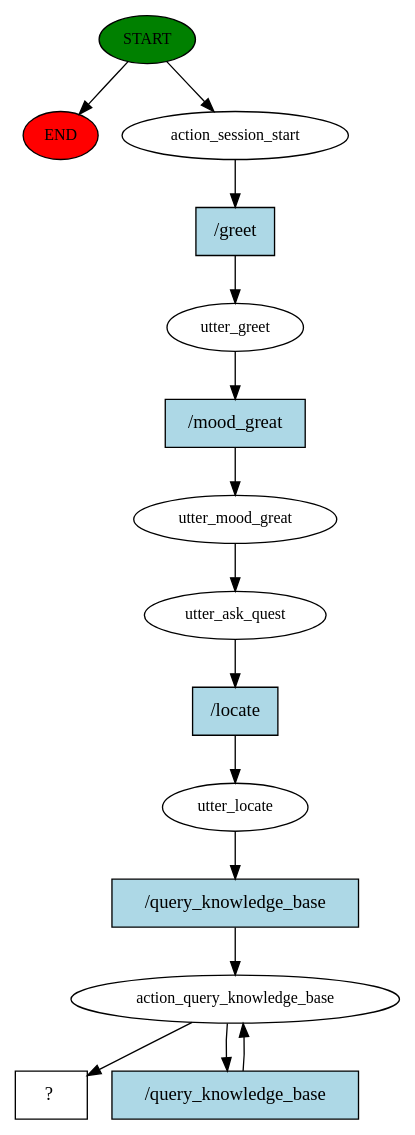
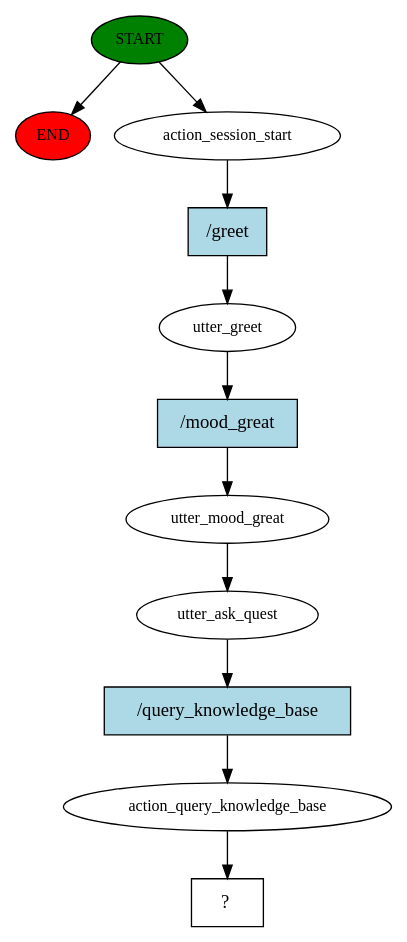
Before and after one commit to mebaidoo/Medical-Chatbot-Capstone: the diagram in story_graph.dot, drawn with Graphviz. The commit also changed 1128 other files, not shown here.

```diff
--- a/story_graph.dot
+++ b/story_graph.dot
@@ -1,30 +1,23 @@
 digraph  {
 0 [class="start active", fillcolor=green, fontsize=12, label=START, style=filled];
 "-1" [class=end, fillcolor=red, fontsize=12, label=END, style=filled];
 1 [class=active, fontsize=12, label=action_session_start];
 2 [class=active, fontsize=12, label=utter_greet];
 3 [class=active, fontsize=12, label=utter_mood_great];
 4 [class=active, fontsize=12, label=utter_ask_quest];
-5 [class=active, fontsize=12, label=utter_locate];
-6 [class=active, fontsize=12, label=action_query_knowledge_base];
-8 [class="intent dashed active", label="  ?  ", shape=rect];
-9 [class="intent active", fillcolor=lightblue, label="/greet", shape=rect, style=filled];
-10 [class="intent active", fillcolor=lightblue, label="/mood_great", shape=rect, style=filled];
-11 [class="intent active", fillcolor=lightblue, label="/locate", shape=rect, style=filled];
-12 [class="intent active", fillcolor=lightblue, label="/query_knowledge_base", shape=rect, style=filled];
-13 [class="intent active", fillcolor=lightblue, label="/query_knowledge_base", shape=rect, style=filled];
+5 [class=active, fontsize=12, label=action_query_knowledge_base];
+6 [class="intent dashed active", label="  ?  ", shape=rect];
+7 [class="intent active", fillcolor=lightblue, label="/greet", shape=rect, style=filled];
+8 [class="intent active", fillcolor=lightblue, label="/mood_great", shape=rect, style=filled];
+9 [class="intent active", fillcolor=lightblue, label="/query_knowledge_base", shape=rect, style=filled];
 0 -> "-1"  [class="", key=NONE, label=""];
 0 -> 1  [class=active, key=NONE, label=""];
-1 -> 9  [class=active, key=0];
-2 -> 10  [class=active, key=0];
+1 -> 7  [class=active, key=0];
+2 -> 8  [class=active, key=0];
 3 -> 4  [class=active, key=NONE, label=""];
-4 -> 11  [class=active, key=0];
-5 -> 12  [class=active, key=0];
-6 -> 8  [class=active, key=NONE, label=""];
-6 -> 13  [class=active, key=0];
-9 -> 2  [class=active, key=0];
-10 -> 3  [class=active, key=0];
-11 -> 5  [class=active, key=0];
-12 -> 6  [class=active, key=0];
-13 -> 6  [class=active, key=0];
+4 -> 9  [class=active, key=0];
+5 -> 6  [class=active, key=NONE, label=""];
+7 -> 2  [class=active, key=0];
+8 -> 3  [class=active, key=0];
+9 -> 5  [class=active, key=0];
 }
```
